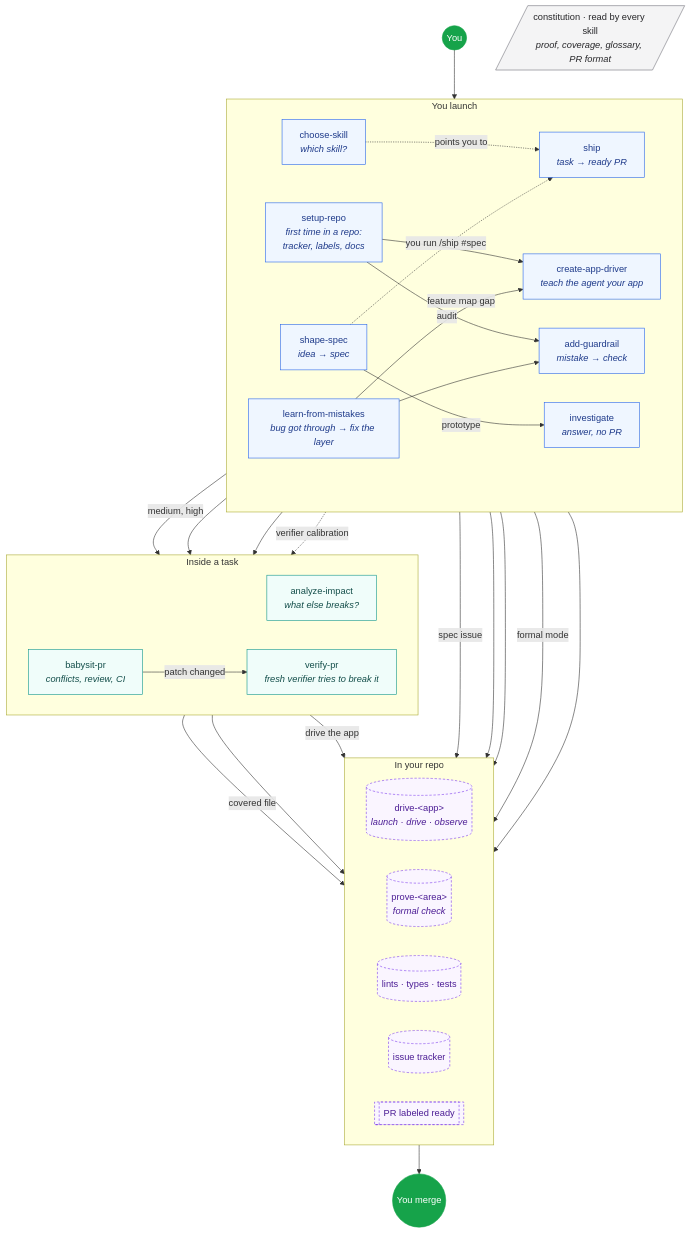
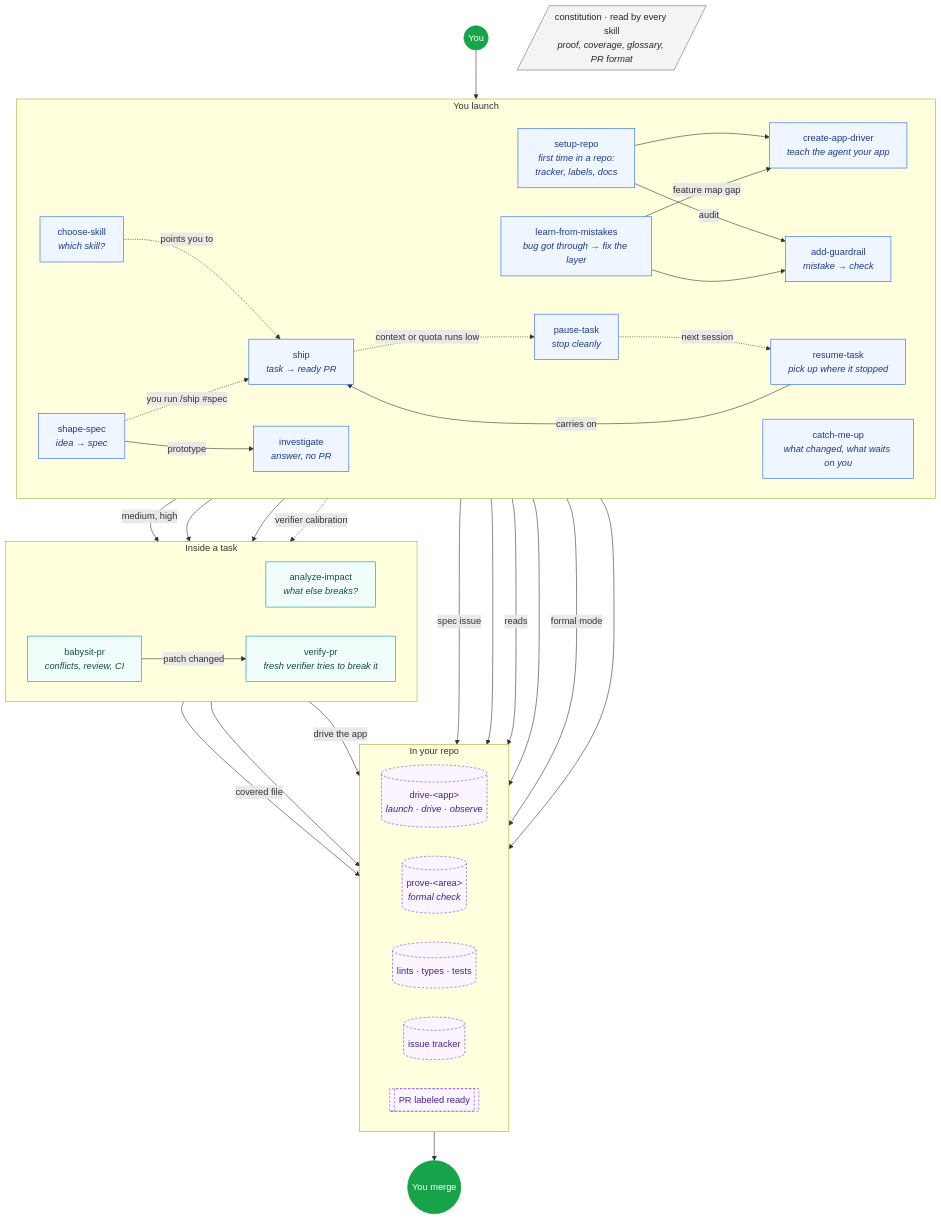
Before and after one commit to Ilian-Allaf/skillstack: the first of 2 diagrams in skills/README.md, drawn with Mermaid. The commit also changed 14 other files, not shown here.

First line of the commit message:
Add pause-task, resume-task, and catch-me-up

````diff
--- a/skills/README.md
+++ b/skills/README.md
@@ -7,70 +7,77 @@
 ```mermaid
 flowchart TB
   you(("You"))
 
   subgraph launch ["You launch"]
     direction LR
     choose["choose-skill<br/><i>which skill?</i>"]
     setup["setup-repo<br/><i>first time in a repo:<br/>tracker, labels, docs</i>"]
     shape["shape-spec<br/><i>idea → spec</i>"]
     investigate["investigate<br/><i>answer, no PR</i>"]
     ship["ship<br/><i>task → ready PR</i>"]
+    pause["pause-task<br/><i>stop cleanly</i>"]
+    resume["resume-task<br/><i>pick up where it stopped</i>"]
+    catchup["catch-me-up<br/><i>what changed, what waits on you</i>"]
     guard["add-guardrail<br/><i>mistake → check</i>"]
     cva["create-app-driver<br/><i>teach the agent your app</i>"]
     learn["learn-from-mistakes<br/><i>bug got through → fix the layer</i>"]
   end
 
   subgraph task ["Inside a task"]
     direction LR
     impact["analyze-impact<br/><i>what else breaks?</i>"]
     verify["verify-pr<br/><i>fresh verifier tries to break it</i>"]
     babysit["babysit-pr<br/><i>conflicts, review, CI</i>"]
   end
 
   subgraph repo ["In your repo"]
     direction LR
     drive[("drive-#lt;app#gt;<br/><i>launch · drive · observe</i>")]
     prove[("prove-#lt;area#gt;<br/><i>formal check</i>")]
     checks[("lints · types · tests")]
     tracker[("issue tracker")]
     pr[["PR labeled ready"]]
   end
 
   merge(("You merge"))
 
   constitution[/"constitution · read by every skill<br/><i>proof, coverage, glossary, PR format</i>"/]
 
   you --> launch
   choose -.->|points you to| ship
   setup --> cva
   setup -->|audit| guard
   shape -->|prototype| investigate
   shape -->|spec issue| tracker
   shape -.->|"you run /ship #spec"| ship
   ship -->|medium, high| impact
   ship --> verify
   ship --> babysit
   babysit -->|patch changed| verify
   task -->|drive the app| drive
   investigate --> drive
   impact -->|covered file| prove
   babysit --> pr
+  ship -.->|context or quota runs low| pause
+  pause -.->|next session| resume
+  resume -->|carries on| ship
+  catchup -->|reads| pr
   pr --> merge
   cva --> drive
   cva -->|formal mode| prove
   guard --> checks
   learn --> guard
   learn -->|feature map gap| cva
   learn -.->|verifier calibration| verify
 
   classDef person fill:#16a34a,stroke:#16a34a,color:#fff
   classDef entry fill:#eff6ff,stroke:#2563eb,color:#1e3a8a
   classDef inner fill:#f0fdfa,stroke:#0d9488,color:#134e4a
   classDef repoNode fill:#faf5ff,stroke:#7c3aed,color:#4c1d95,stroke-dasharray:4 3
   classDef shared fill:#f4f4f5,stroke:#71717a,color:#27272a
   class you,merge person
-  class choose,setup,shape,investigate,ship,guard,cva,learn entry
+  class choose,setup,shape,investigate,ship,pause,resume,catchup,guard,cva,learn entry
   class impact,verify,babysit inner
   class drive,prove,checks,tracker,pr repoNode
   class constitution shared
 ```
````
